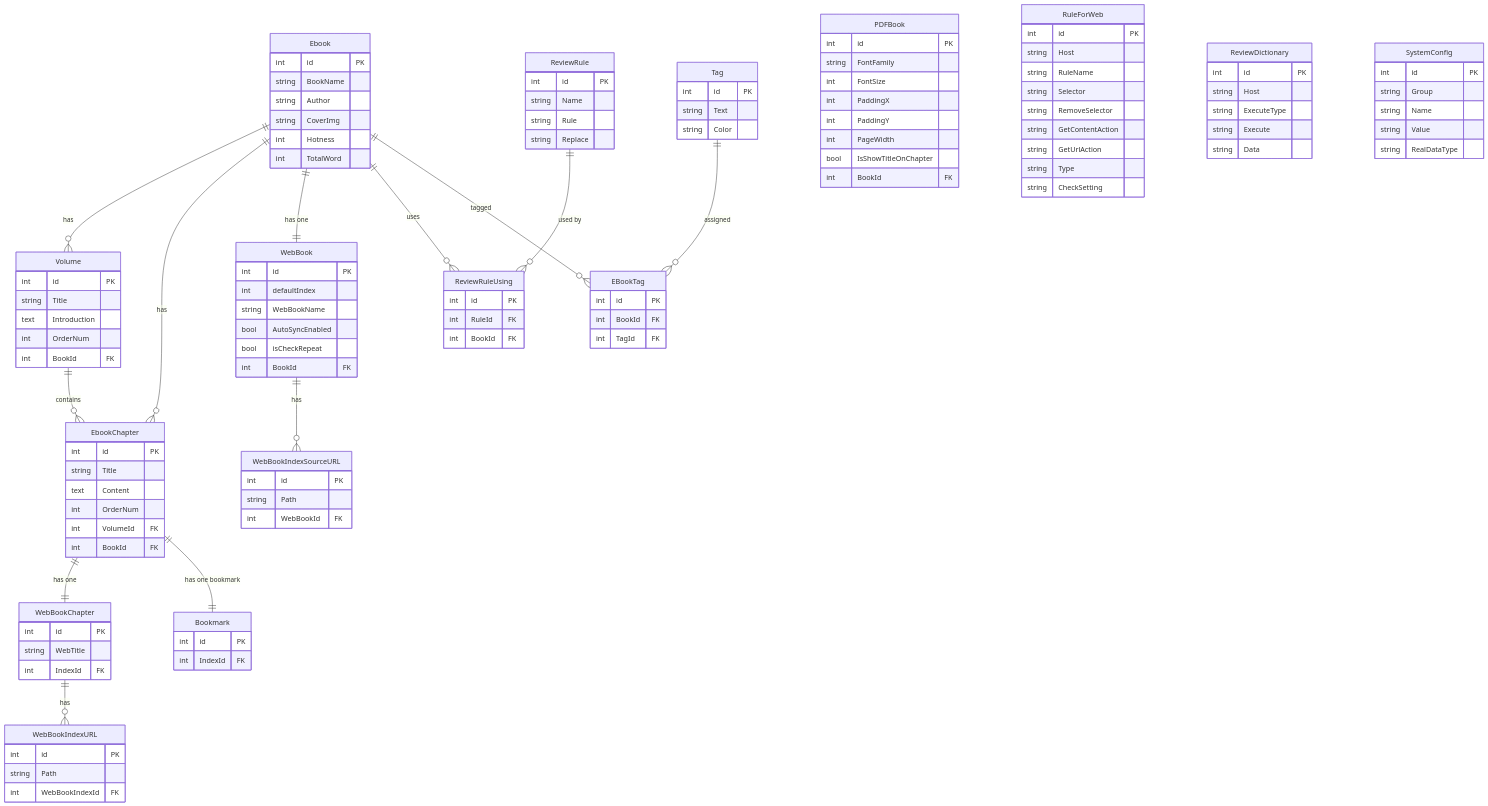
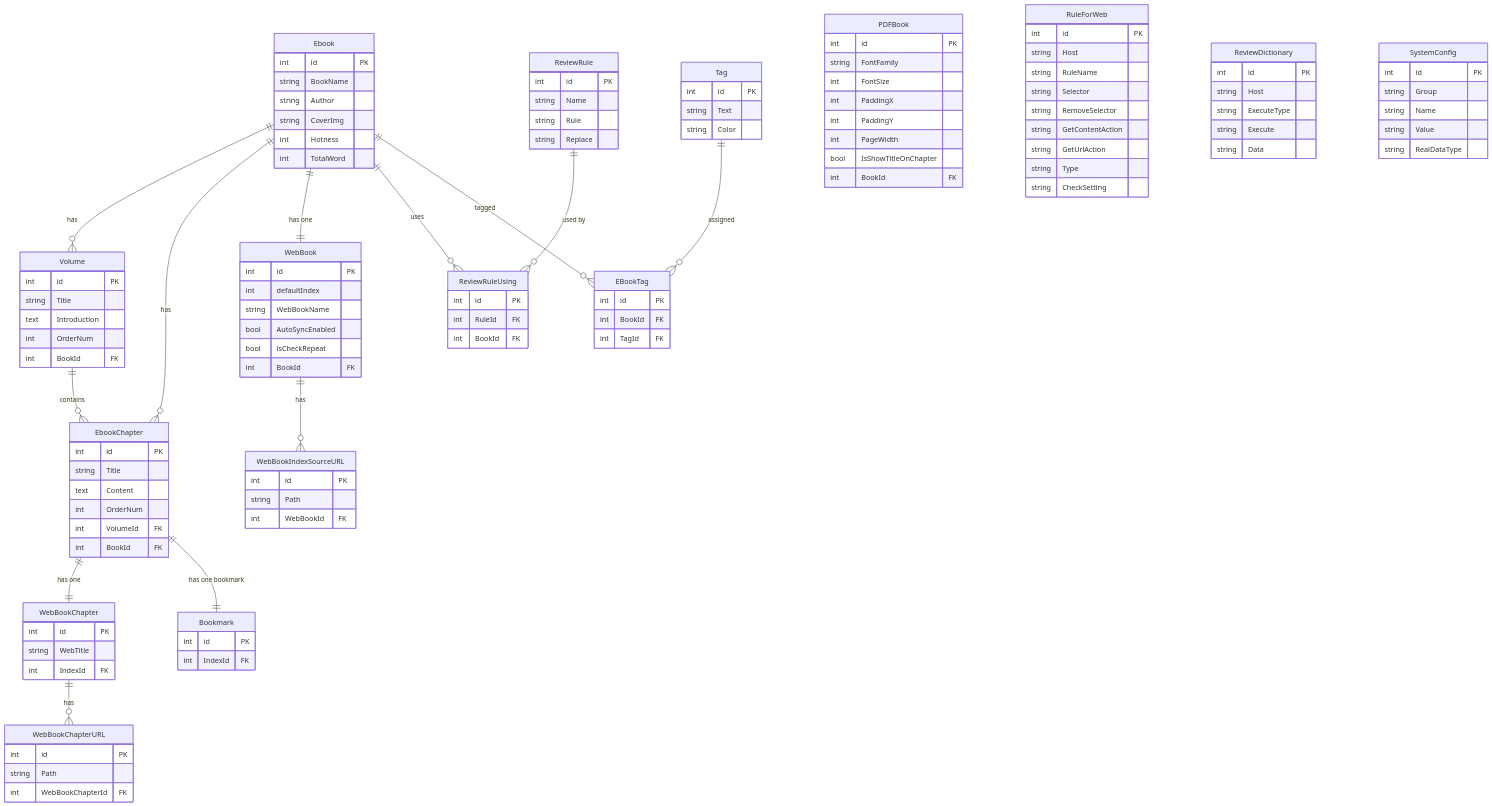
Before and after one commit to EbookWorkshop/Api-v4: the diagram in docs/ERD.mmd, drawn with Mermaid. The commit also changed 11 other files, not shown here.

Commit message:
搬迁接口 delete /services/botrule 添加注解 post /assets/archive/book 修改表名 WebBookIndexURL 为 WebBookChapterURL

```diff
--- a/docs/ERD.mmd
+++ b/docs/ERD.mmd
@@ -1,132 +1,132 @@
 erDiagram
     Ebook {
         int id PK
         string BookName
         string Author
         string CoverImg
         int Hotness
         int TotalWord
     }
     Volume {
         int id PK
         string Title
         text Introduction
         int OrderNum
         int BookId FK
     }
     EbookChapter {
         int id PK
         string Title
         text Content
         int OrderNum
         int VolumeId FK
         int BookId FK
     }
     WebBook {
         int id PK
         int defaultIndex
         string WebBookName
         bool AutoSyncEnabled
         bool isCheckRepeat
         int BookId FK
     }
     WebBookIndexSourceURL {
         int id PK
         string Path
         int WebBookId FK
     }
     WebBookChapter {
         int id PK
         string WebTitle
         int IndexId FK
     }
-    WebBookIndexURL {
+    WebBookChapterURL {
         int id PK
         string Path
-        int WebBookIndexId FK
+        int WebBookChapterId FK
     }
     ReviewRule {
         int id PK
         string Name
         string Rule
         string Replace
     }
     ReviewRuleUsing {
         int id PK
         int RuleId FK
         int BookId FK
     }
     Tag {
         int id PK
         string Text
         string Color
     }
     EBookTag {
         int id PK
         int BookId FK
         int TagId FK
     }
     Bookmark {
         int id PK
         int IndexId FK
     }
     PDFBook {
         int id PK
         string FontFamily
         int FontSize
         int PaddingX
         int PaddingY
         int PageWidth
         bool IsShowTitleOnChapter
         int BookId FK
     }
     RuleForWeb {
         int id PK
         string Host
         string RuleName
         string Selector
         string RemoveSelector
         string GetContentAction
         string GetUrlAction
         string Type
         string CheckSetting
     }
     ReviewDictionary {
         int id PK
         string Host
         string ExecuteType
         string Execute
         string Data
     }
     SystemConfig {
         int id PK
         string Group
         string Name
         string Value
         string RealDataType
     }
 
     %% ========== 关联关系 ==========
     %% 书籍与卷、章节
     Ebook ||--o{ Volume : "has"
     Ebook ||--o{ EbookChapter : "has"
     Volume ||--o{ EbookChapter : "contains"
 
     %% 书籍与网文配置
     Ebook ||--|| WebBook : "has one"
     WebBook ||--o{ WebBookIndexSourceURL : "has"
 
     %% 本地章节与网文章节映射
     EbookChapter ||--|| WebBookChapter : "has one"
-    WebBookChapter ||--o{ WebBookIndexURL : "has"
+    WebBookChapter ||--o{ WebBookChapterURL : "has"
 
     %% 替换规则多对多
     Ebook ||--o{ ReviewRuleUsing : "uses"
     ReviewRule ||--o{ ReviewRuleUsing : "used by"
 
     %% 标签多对多
     Ebook ||--o{ EBookTag : "tagged"
     Tag ||--o{ EBookTag : "assigned"
 
     %% 书签一对一
     EbookChapter ||--|| Bookmark : "has one bookmark"
```
